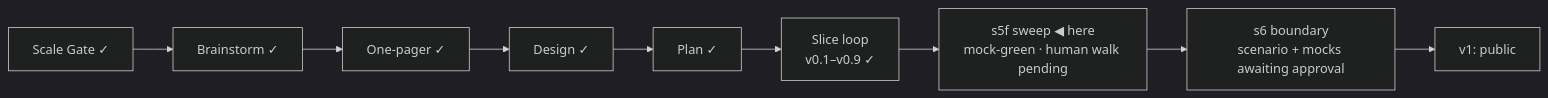
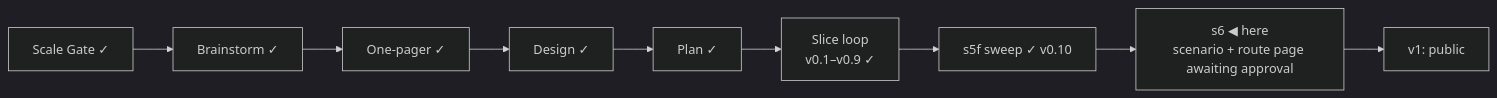
Before and after one commit to OytunOnal/permit-rulebook: the diagram in STATUS.md, drawn with Mermaid (dark theme). The commit also changed other lines of this file and 3 other files, not shown here.

Commit message:
s5f real-green walked by the session at the human's delegation -> v0.10; one dataset bug filed (es-ict criterion quote)

````diff
--- a/STATUS.md
+++ b/STATUS.md
@@ -12,8 +12,8 @@
 ```mermaid
 flowchart LR
     A[Scale Gate ✓] --> B[Brainstorm ✓] --> C[One-pager ✓] --> D[Design ✓] --> E[Plan ✓]
     E --> F["Slice loop<br/>v0.1–v0.9 ✓"]
-    F --> S5F["s5f sweep ◀ here<br/>mock-green · human walk pending"]
-    S5F --> G["s6 boundary<br/>scenario + mocks awaiting approval"]
+    F --> S5F["s5f sweep ✓ v0.10"]
+    S5F --> G["s6 ◀ here<br/>scenario + route page awaiting approval"]
     G --> H[v1: public]
 ```
````
